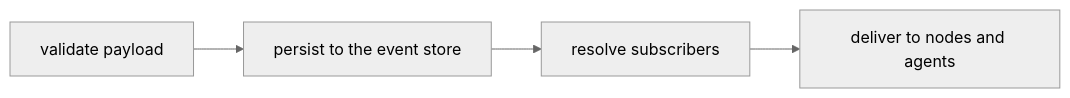
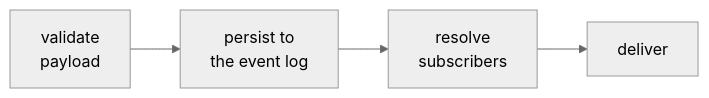
One commit to division-sh/docs changed the diagram in concepts/events-and-routing.mdx. Above: the diagram before and after it, drawn with Mermaid (neutral theme). The commit also changed other lines of this file, not shown here.

````diff
--- a/concepts/events-and-routing.mdx
+++ b/concepts/events-and-routing.mdx
@@ -26,6 +33,4 @@
 ```mermaid
 flowchart LR
-    A["validate payload"] --> B["persist to the event store"]
-    B --> C["resolve subscribers"]
-    C --> D["deliver to nodes and agents"]
+    A["validate<br/>payload"] --> B["persist to<br/>the event log"] --> C["resolve<br/>subscribers"] --> D["deliver"]
 ```
````
